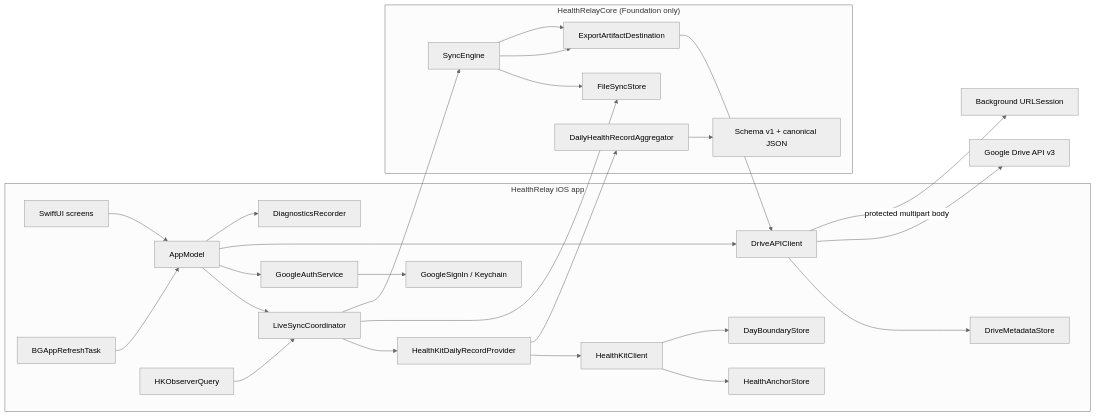
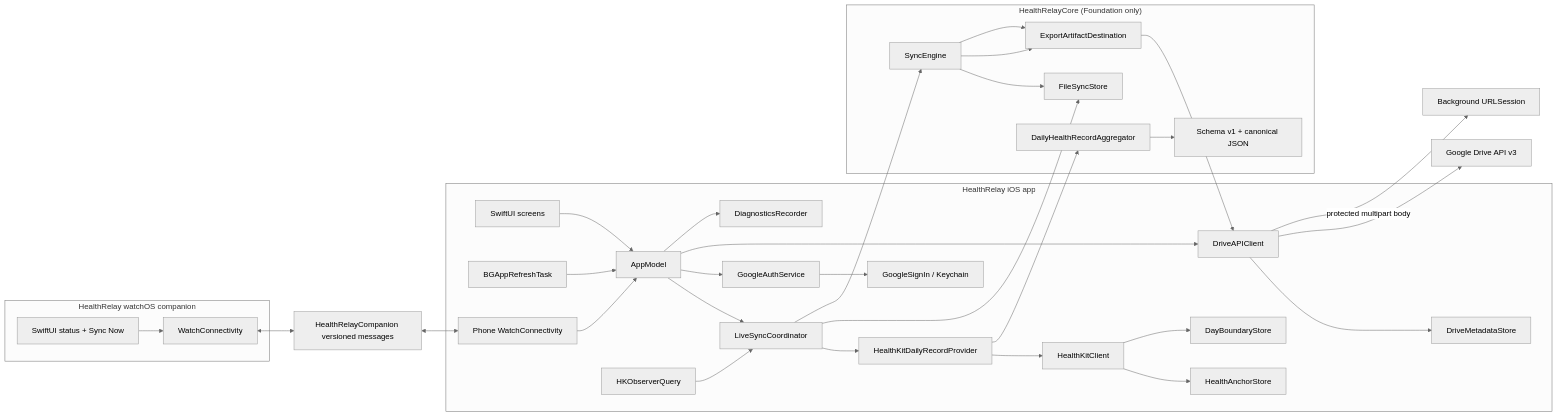
Before and after one commit to uinaf/healthmule-ios: the diagram in docs/ARCHITECTURE.md, drawn with Mermaid (neutral theme). The commit also changed other lines of this file and 27 other files, not shown here.

First line of the commit message:
feat(watch): add lightweight companion app (#2)

````diff
--- a/docs/ARCHITECTURE.md
+++ b/docs/ARCHITECTURE.md
@@ -6,32 +6,40 @@
 ```mermaid
 flowchart LR
     subgraph App["HealthRelay iOS app"]
         UI["SwiftUI screens"] --> Model["AppModel"]
         Model --> Coordinator["LiveSyncCoordinator"]
         Observer["HKObserverQuery"] --> Coordinator
         Refresh["BGAppRefreshTask"] --> Model
         Coordinator --> Provider["HealthKitDailyRecordProvider"]
         Provider --> HK["HealthKitClient"]
         HK --> Anchors["HealthAnchorStore"]
         HK --> Boundaries["DayBoundaryStore"]
         Model --> Auth["GoogleAuthService"]
         Auth --> SignIn["GoogleSignIn / Keychain"]
         Model --> Drive["DriveAPIClient"]
         Drive --> Metadata["DriveMetadataStore"]
         Model --> Diagnostics["DiagnosticsRecorder"]
+        PhoneBridge["Phone WatchConnectivity"] --> Model
     end
 
     subgraph Core["HealthRelayCore (Foundation only)"]
         Aggregate["DailyHealthRecordAggregator"] --> Schema["Schema v1 + canonical JSON"]
         Engine["SyncEngine"] --> Outbox["FileSyncStore"]
         Engine --> Destination["ExportArtifactDestination"]
     end
 
+    subgraph Companion["HealthRelay watchOS companion"]
+        WatchUI["SwiftUI status + Sync Now"] --> WatchBridge["WatchConnectivity"]
+    end
+
+    Contract["HealthRelayCompanion versioned messages"]
+    WatchBridge <--> Contract
+    Contract <--> PhoneBridge
     Provider --> Aggregate
     Coordinator --> Outbox
     Coordinator --> Engine
     Engine --> Destination
     Destination --> Drive
     Drive --> API["Google Drive API v3"]
     Drive -->|"protected multipart body"| BackgroundSession["Background URLSession"]
 ```
````
